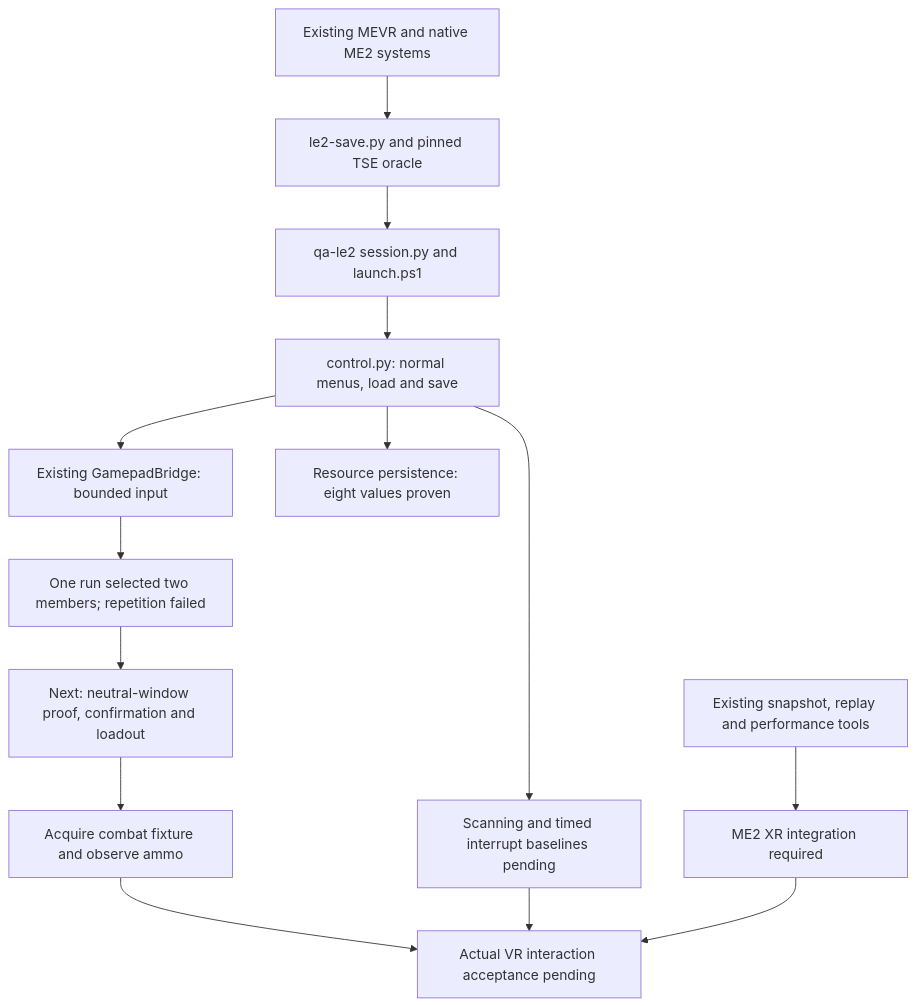
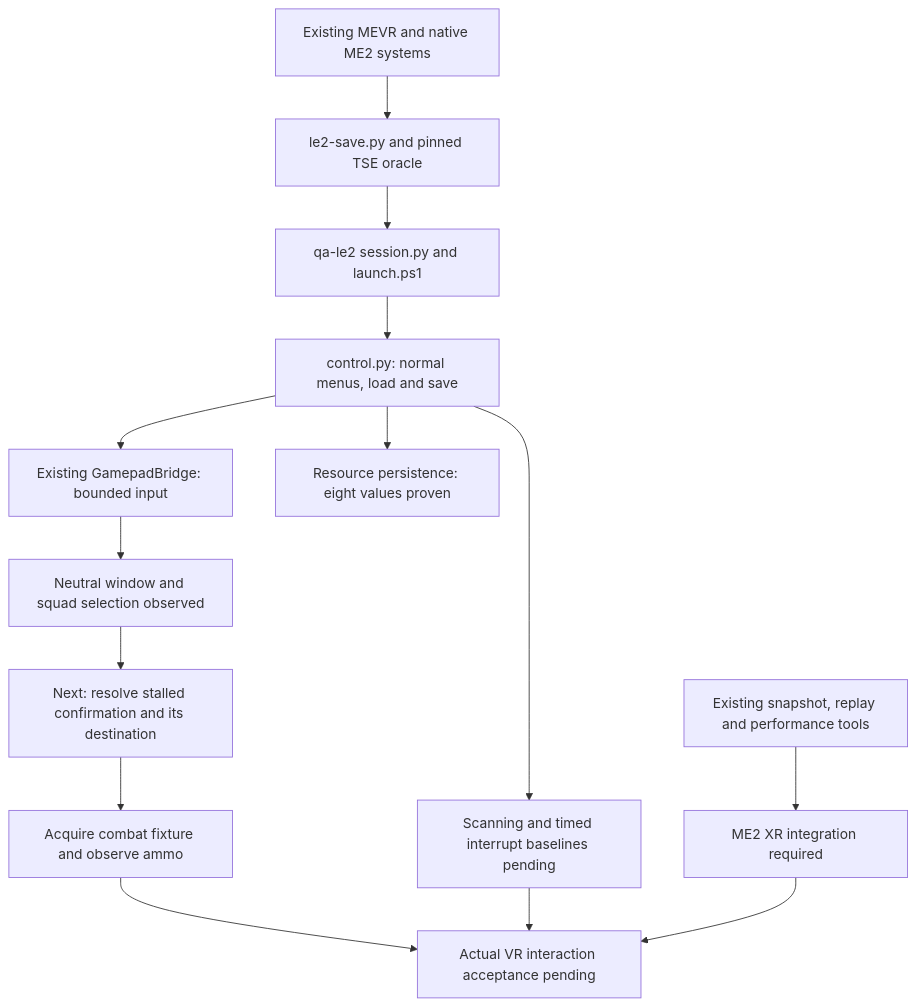
Before and after one commit to dnehring/MEVR: the diagram in research/le2-runtime-observer.md, drawn with Mermaid. The commit also changed other lines of this file and 4 other files, not shown here.

Commit message:
Record native neutral-window proof and unresolved squad confirmation

````diff
--- a/research/le2-runtime-observer.md
+++ b/research/le2-runtime-observer.md
@@ -20,16 +24,16 @@
 ```mermaid
 flowchart TD
     A[Existing MEVR and native ME2 systems] --> B[le2-save.py and pinned TSE oracle]
     B --> C[qa-le2 session.py and launch.ps1]
     C --> D[control.py: normal menus, load and save]
     D --> E[Existing GamepadBridge: bounded input]
-    E --> F[One run selected two members; repetition failed]
-    F --> G[Next: neutral-window proof, confirmation and loadout]
+    E --> F[Neutral window and squad selection observed]
+    F --> G[Next: resolve stalled confirmation and its destination]
     G --> H[Acquire combat fixture and observe ammo]
     D --> I[Resource persistence: eight values proven]
     D --> J[Scanning and timed interrupt baselines pending]
     H --> K[Actual VR interaction acceptance pending]
     J --> K
     L[Existing snapshot, replay and performance tools] --> M[ME2 XR integration required]
     M --> K
 ```
````
